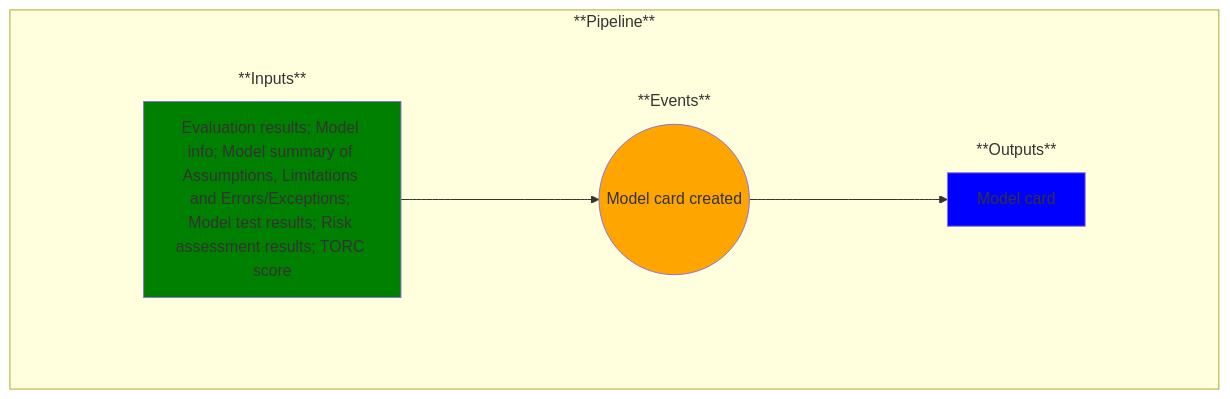
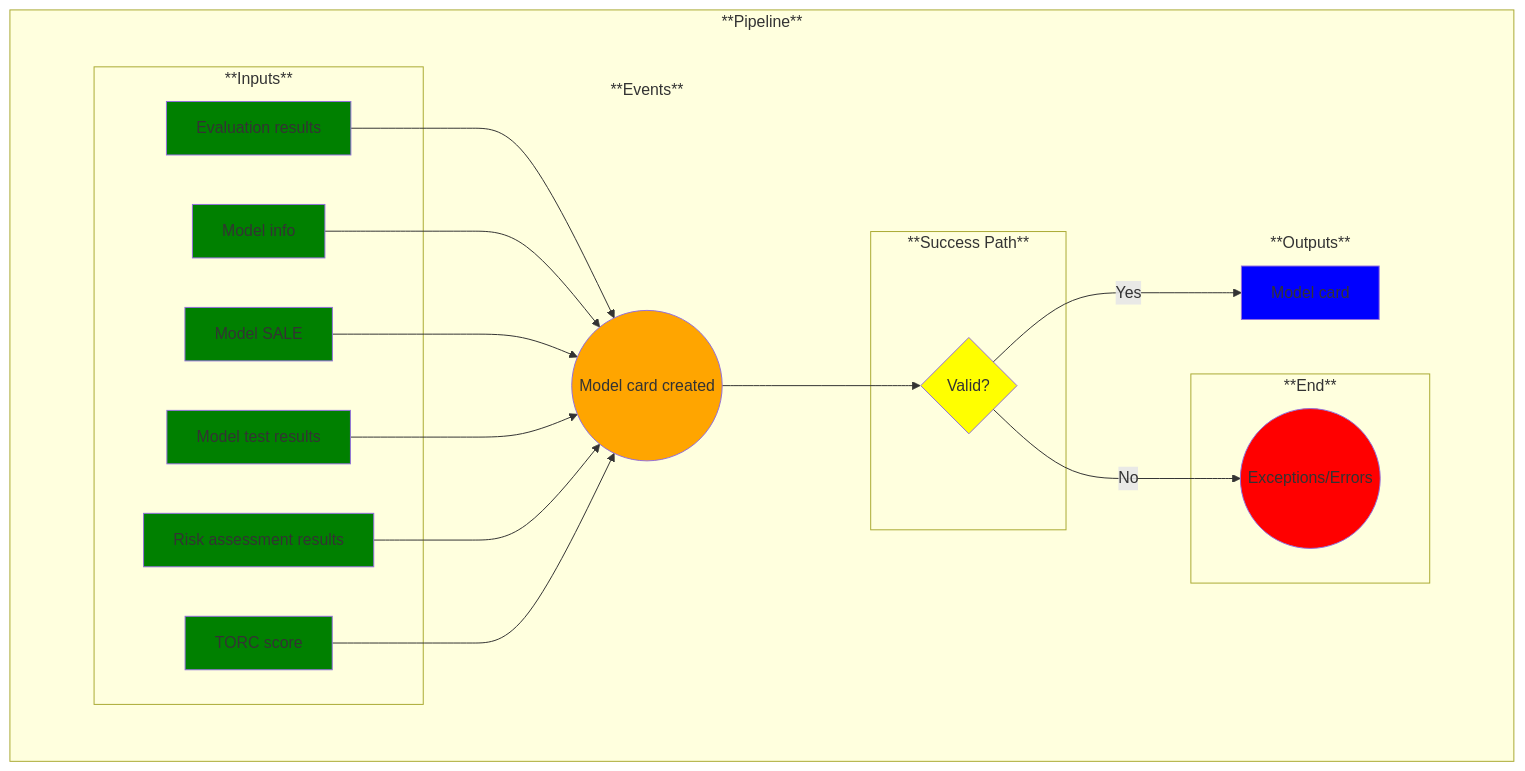
Before and after one commit to MLOps-OpenAPI/arch-diagrams: the diagram in use-cases/15-model-card-created.md, drawn with Mermaid. The commit also changed other lines of this file, not shown here.

Commit message:
updates for issue #49

```diff
--- a/use-cases/15-model-card-created.md
+++ b/use-cases/15-model-card-created.md
@@ -34,32 +34,79 @@
 
             %% Add the rest of the nodes
             subgraph Inputs ["**Inputs**"]
-                A
+                A1
+            end
+            subgraph Inputs ["**Inputs**"]
+                A2
+            end
+            subgraph Inputs ["**Inputs**"]
+                A3
+            end
+            subgraph Inputs ["**Inputs**"]
+                A4
+            end
+            subgraph Inputs ["**Inputs**"]
+                A5
+            end
+            subgraph Inputs ["**Inputs**"]
+                A6
             end
             subgraph Events ["**Events**"]
                 B
             end
-            subgraph Outputs ["**Outputs**"]
+            subgraph Success ["**Success Path**"]
                 C
             end
+            subgraph End ["**End**"]
+                D
+            end
+            subgraph Outputs ["**Outputs**"]
+                E
+            end
         end
-        A-->B
-        %%C--> | test text | D
+        A1-->B
+        A2-->B
+        A3-->B
+        A4-->B
+        A5-->B
+        A6-->B
+        C--> | No | D
         B-->C
-        %%D--> | test text | E
+        C--> | Yes | E
     end
 
     %% Now label and style the blocks
     %% Note: You could have done this above, but I find this to be cleaner and easier to manage
 
-    A[Evaluation results; Model info; Model summary of Assumptions, Limitations and Errors/Exceptions; Model test results; Risk assessment results; TORC score]
-    style A fill:green
+    A1[Evaluation results]
+    style A1 fill:green
+
+    A2[Model info]
+    style A2 fill:green
+
+    A3[Model SALE]
+    style A3 fill:green
+
+    A4[Model test results]
+    style A4 fill:green
+
+    A5[Risk assessment results]
+    style A5 fill:green
+
+    A6[TORC score]
+    style A6 fill:green
 
     B((Model card created))
     style B fill:orange
 
-    C[Model card]
-    style C fill:blue
+    C{Valid?}
+    style C fill:yellow
+
+    D((Exceptions/Errors))
+    style D fill:red
+
+    E[Model card]
+    style E fill:blue
 
     %% Remove unnecessary box outlines
     style invisibleSpace stroke-width:0
```
